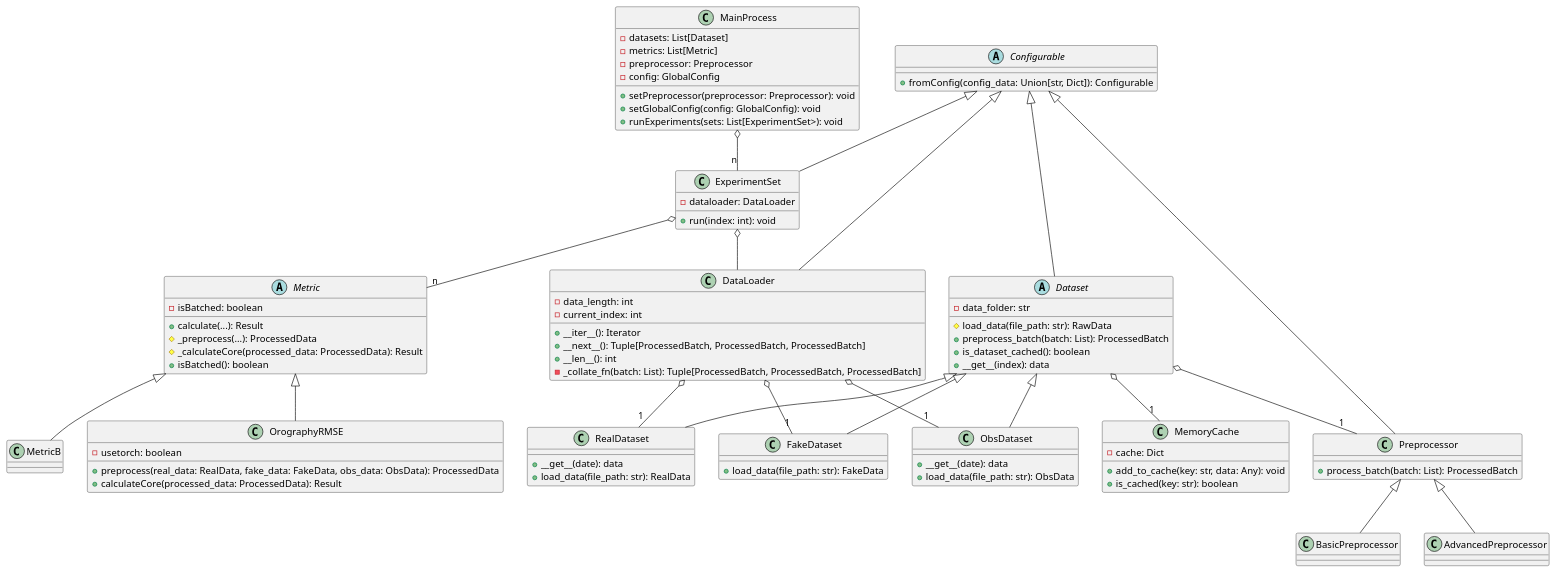
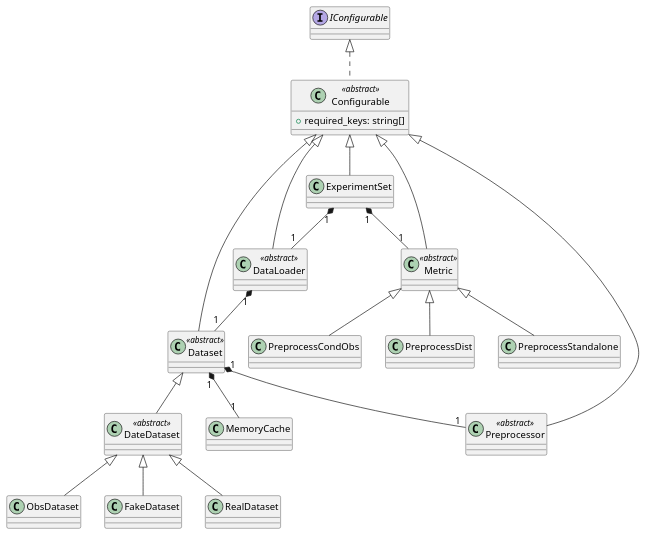
Before and after one commit to flyIchtus/MetScore: the diagram in diagclass.puml, drawn with PlantUML. The commit also changed 8 other files, not shown here.

```diff
--- a/diagclass.puml
+++ b/diagclass.puml
@@ -1,94 +1,45 @@
 @startuml
-abstract class Metric {
-  - isBatched: boolean
 
-  + calculate(...): Result
-  # _preprocess(...): ProcessedData
-  # _calculateCore(processed_data: ProcessedData): Result
-  + isBatched(): boolean
+interface IConfigurable
+
+class Configurable <<abstract>> implements IConfigurable {
+    +required_keys: string[]
+    }
+
+
+class Dataset <<abstract>>
+
+class DateDataset <<abstract>> extends Dataset
+
+class ObsDataset extends DateDataset
+class FakeDataset extends DateDataset
+class RealDataset extends DateDataset
+
+class DataLoader <<abstract>>
+
+class ExperimentSet
+
+class Metric <<abstract>>
+
+class PreprocessCondObs extends Metric
+class PreprocessDist extends Metric
+class PreprocessStandalone extends Metric
+
+class Preprocessor <<abstract>>
+
+class MemoryCache {
 }
 
-class OrographyRMSE {
-  - usetorch: boolean
+Configurable <|-- Dataset
+Configurable <|-- DataLoader
+Configurable <|-- Metric
+Configurable <|-- Preprocessor
+Configurable <|-- ExperimentSet
 
-  + preprocess(real_data: RealData, fake_data: FakeData, obs_data: ObsData): ProcessedData
-  + calculateCore(processed_data: ProcessedData): Result
-}
-Metric <|-- OrographyRMSE
-abstract class Configurable {
-  + fromConfig(config_data: Union[str, Dict]): Configurable
-}
+Dataset "1" *-- "1" Preprocessor
+Dataset "1" *-- "1" MemoryCache
+DataLoader "1" *-- "1" Dataset
+ExperimentSet "1" *-- "1" DataLoader
+ExperimentSet "1" *-- "1" Metric
 
-class Preprocessor extends Configurable {
-  + process_batch(batch: List): ProcessedBatch
-}
-
-class MemoryCache {
-  - cache: Dict
-
-  + add_to_cache(key: str, data: Any): void
-  + is_cached(key: str): boolean
-}
-
-abstract class Dataset extends Configurable {
-  - data_folder: str
-
-  # load_data(file_path: str): RawData
-  + preprocess_batch(batch: List): ProcessedBatch
-  + is_dataset_cached(): boolean
-  + __get__(index): data
-}
-
-class RealDataset extends Dataset {
-  + __get__(date): data
-  + load_data(file_path: str): RealData
-}
-
-class FakeDataset extends Dataset {
-  + load_data(file_path: str): FakeData
-}
-
-class ObsDataset extends Dataset {
-  + __get__(date): data
-  + load_data(file_path: str): ObsData
-}
-
-class DataLoader extends Configurable {
-  - data_length: int
-  - current_index: int
-
-  + __iter__(): Iterator
-  + __next__(): Tuple[ProcessedBatch, ProcessedBatch, ProcessedBatch]
-  + __len__(): int
-  - _collate_fn(batch: List): Tuple[ProcessedBatch, ProcessedBatch, ProcessedBatch]
-}
-
-class ExperimentSet extends Configurable {
-  - dataloader: DataLoader
-
-  + run(index: int): void
-}
-
-class MainProcess {
-  - datasets: List[Dataset]
-  - metrics: List[Metric]
-  - preprocessor: Preprocessor
-  - config: GlobalConfig
-
-  + setPreprocessor(preprocessor: Preprocessor): void
-  + setGlobalConfig(config: GlobalConfig): void
-  + runExperiments(sets: List[ExperimentSet>): void
-}
-
-Metric <|-- MetricB
-Preprocessor <|-- BasicPreprocessor
-Preprocessor <|-- AdvancedPreprocessor
-Dataset o-- "1" MemoryCache
-MainProcess o-- "n" ExperimentSet
-ExperimentSet o-- DataLoader
-DataLoader o-- "1" RealDataset
-DataLoader o-- "1" FakeDataset
-DataLoader o-- "1" ObsDataset
-Dataset o-- "1" Preprocessor
-ExperimentSet o-- "n" Metric
 @enduml
```
